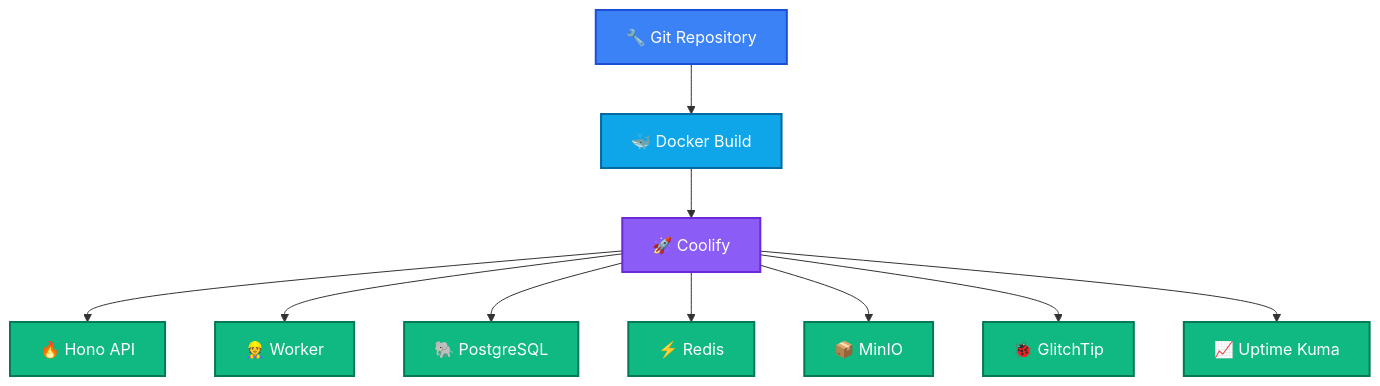
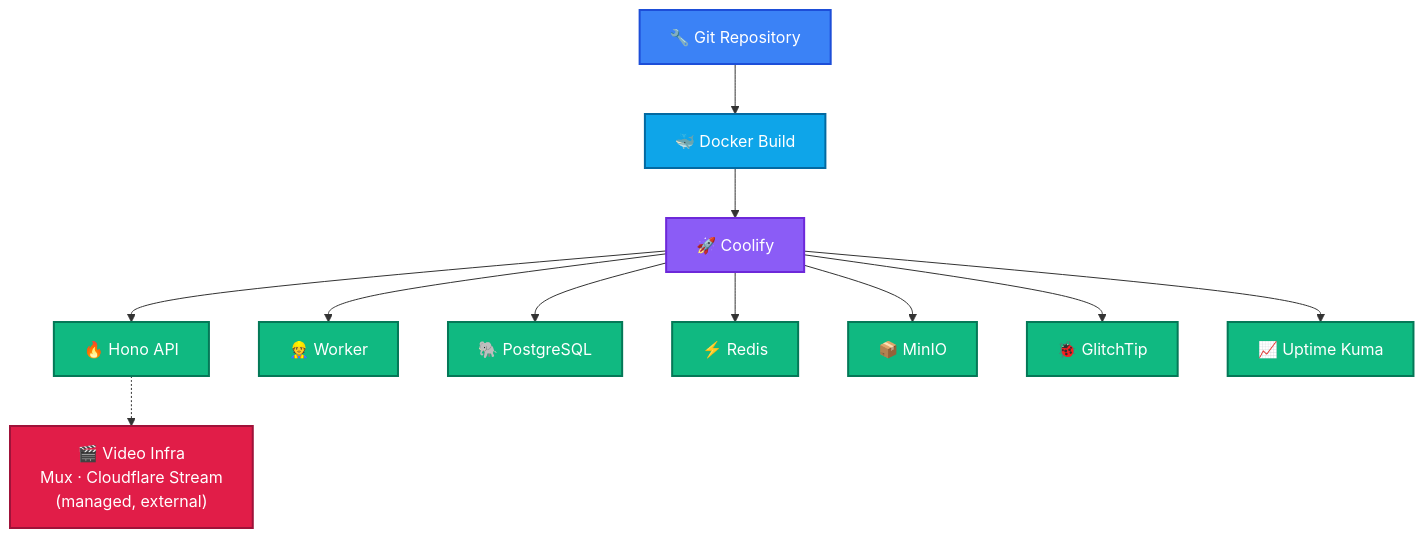
One commit to sarisen/sahin-mvp changed the fifth of 5 diagrams in slides.md. Above: the diagram before and after it, drawn with Mermaid. The commit also changed other lines of this file, not shown here.

````diff
--- a/slides.md
+++ b/slides.md
@@ -578,22 +581,25 @@
 ```mermaid {scale: 0.6}
 flowchart TD
     A["🔧 Git Repository"] --> B["🐳 Docker Build"]
     B --> C["🚀 Coolify"]
     C --> D["🔥 Hono API"]
     C --> E["👷 Worker"]
     C --> F["🐘 PostgreSQL"]
     C --> G["⚡ Redis"]
     C --> H["📦 MinIO"]
     C --> I["🐞 GlitchTip"]
     C --> J["📈 Uptime Kuma"]
+    D -.-> K["🎬 Video Infra<br/>Mux · Cloudflare Stream<br/>(managed, external)"]
 
     classDef src fill:#3b82f6,stroke:#1d4ed8,color:#fff,stroke-width:2px;
     classDef build fill:#0ea5e9,stroke:#0369a1,color:#fff,stroke-width:2px;
     classDef deploy fill:#8b5cf6,stroke:#6d28d9,color:#fff,stroke-width:2px;
     classDef svc fill:#10b981,stroke:#047857,color:#fff,stroke-width:2px;
+    classDef ext fill:#e11d48,stroke:#9f1239,color:#fff,stroke-width:2px;
 
     class A src;
     class B build;
     class C deploy;
     class D,E,F,G,H,I,J svc;
+    class K ext;
 ```
````
